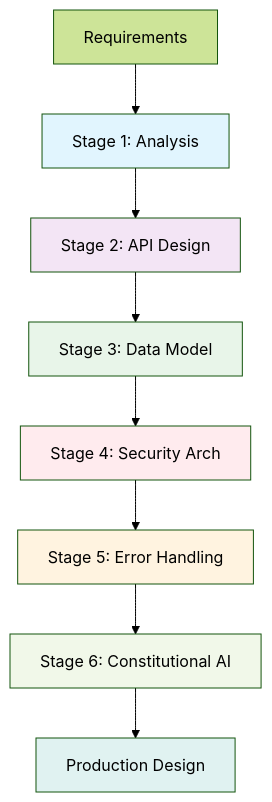
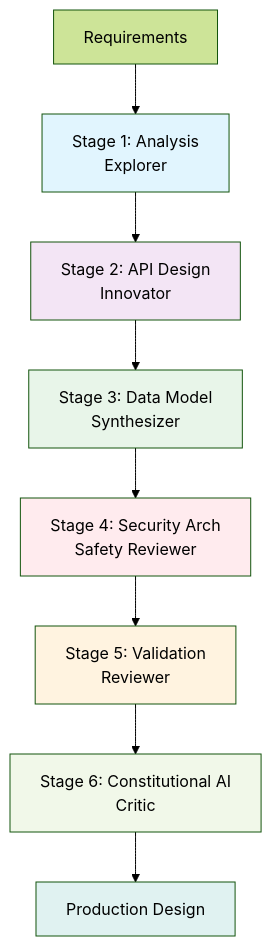
The second of 3 diagrams in SWARM-TEST-003-HARD.md (MohamedNamper333/swarm-agent), drawn with Mermaid (forest theme) before and after one commit. The commit also changed other lines of this file and 16 other files, not shown here.

````diff
--- a/SWARM-TEST-003-HARD.md
+++ b/SWARM-TEST-003-HARD.md
@@ -93,18 +93,18 @@
 ```mermaid
 flowchart TD
-    A[Requirements] --> B[Stage 1: Analysis]
-    B --> C[Stage 2: API Design]
-    C --> D[Stage 3: Data Model]
-    D --> E[Stage 4: Security Arch]
-    E --> F[Stage 5: Error Handling]
-    F --> G[Stage 6: Constitutional AI]
+    A[Requirements] --> B[Stage 1: Analysis<br/>Explorer]
+    B --> C[Stage 2: API Design<br/>Innovator]
+    C --> D[Stage 3: Data Model<br/>Synthesizer]
+    D --> E[Stage 4: Security Arch<br/>Safety Reviewer]
+    E --> F[Stage 5: Validation<br/>Reviewer]
+    F --> G[Stage 6: Constitutional AI<br/>Critic]
     G --> H[Production Design]
     
     style B fill:#e1f5fe
     style C fill:#f3e5f5
     style D fill:#e8f5e9
     style E fill:#ffebee
     style F fill:#fff3e0
     style G fill:#f1f8e9
     style H fill:#e0f2f1
 ```
````
